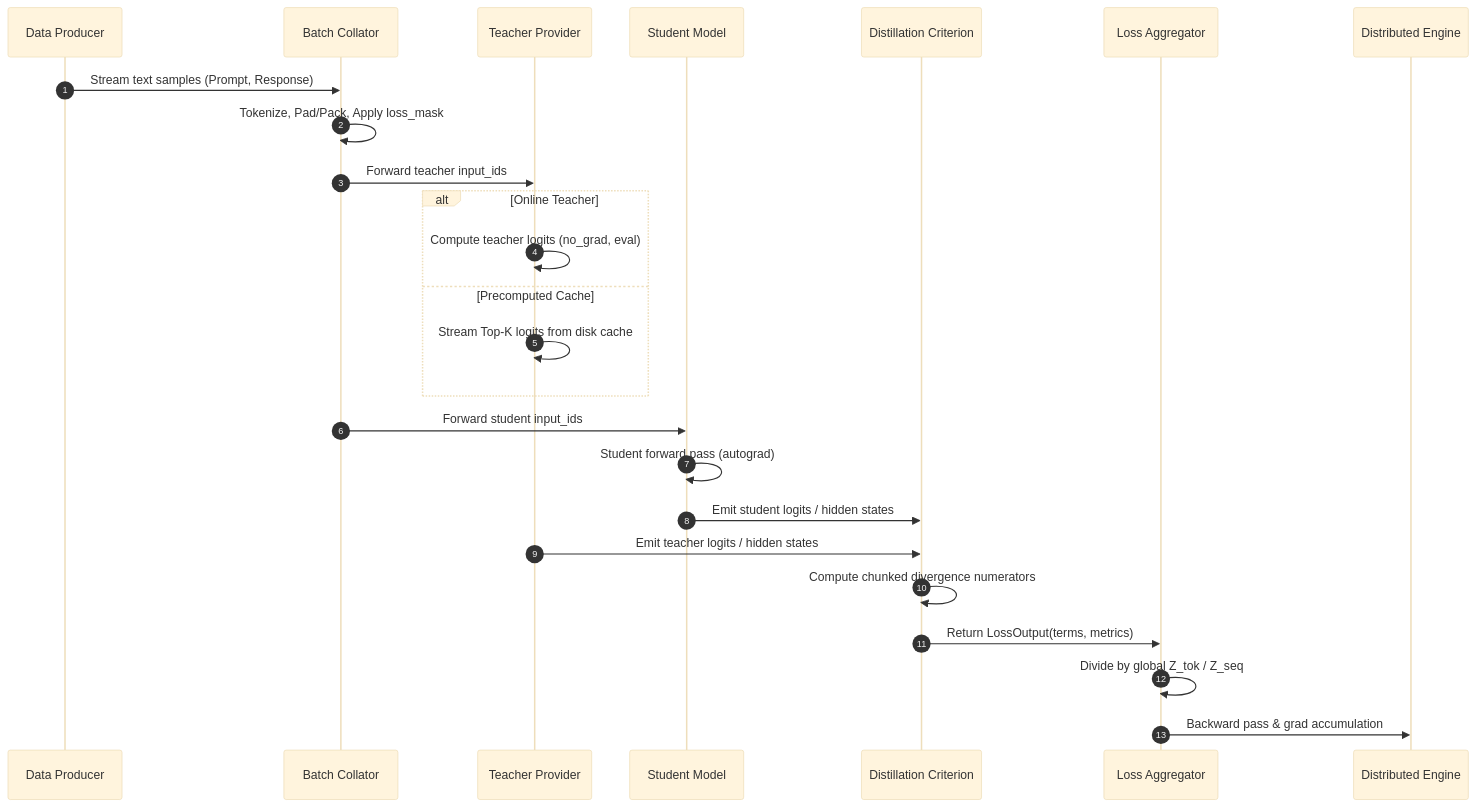
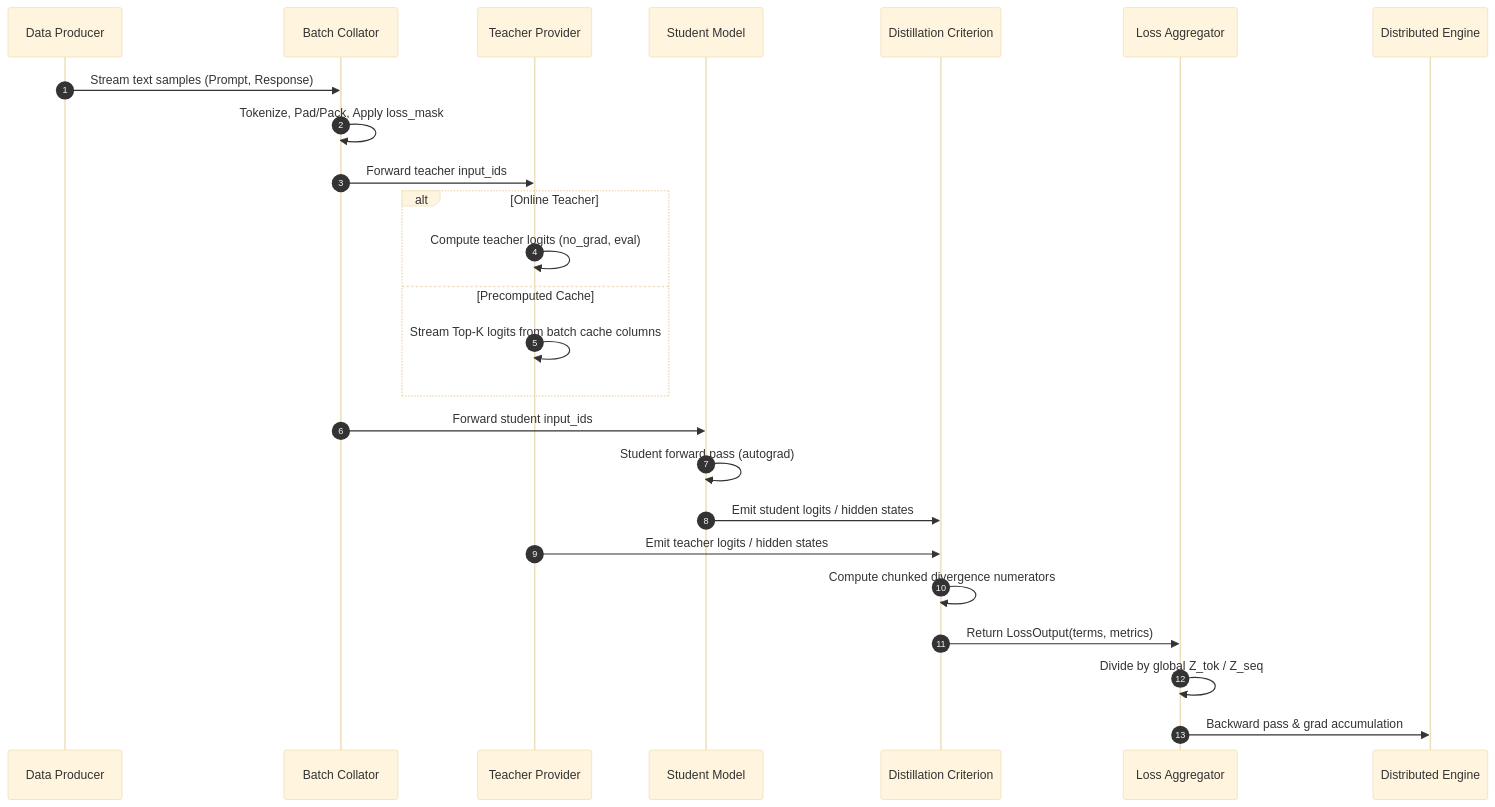
The diagram in official_docs/architecture/data-flow-and-caching.md (phongdq25/LM-KD), drawn with Mermaid (base theme) before and after one commit. The commit also changed other lines of this file and 157 other files, not shown here.

````diff
--- a/official_docs/architecture/data-flow-and-caching.md
+++ b/official_docs/architecture/data-flow-and-caching.md
@@ -9,28 +9,28 @@
 ```mermaid
 sequenceDiagram
     autonumber
     participant D as Data Producer
     participant B as Batch Collator
     participant T as Teacher Provider
     participant S as Student Model
     participant C as Distillation Criterion
     participant A as Loss Aggregator
     participant E as Distributed Engine
 
     D->>B: Stream text samples (Prompt, Response)
     B->>B: Tokenize, Pad/Pack, Apply loss_mask
     B->>T: Forward teacher input_ids
     alt Online Teacher
         T->>T: Compute teacher logits (no_grad, eval)
     else Precomputed Cache
-        T->>T: Stream Top-K logits from disk cache
+        T->>T: Stream Top-K logits from batch cache columns
     end
     B->>S: Forward student input_ids
     S->>S: Student forward pass (autograd)
     S->>C: Emit student logits / hidden states
     T->>C: Emit teacher logits / hidden states
     C->>C: Compute chunked divergence numerators
     C->>A: Return LossOutput(terms, metrics)
     A->>A: Divide by global Z_tok / Z_seq
     A->>E: Backward pass & grad accumulation
 ```
````
